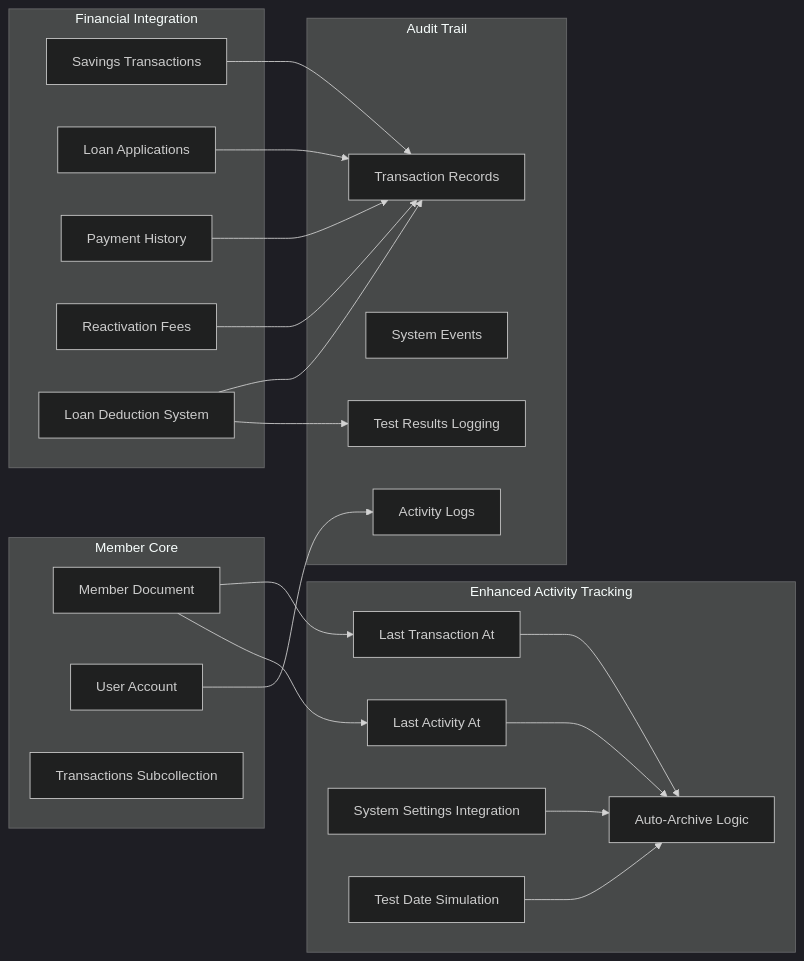
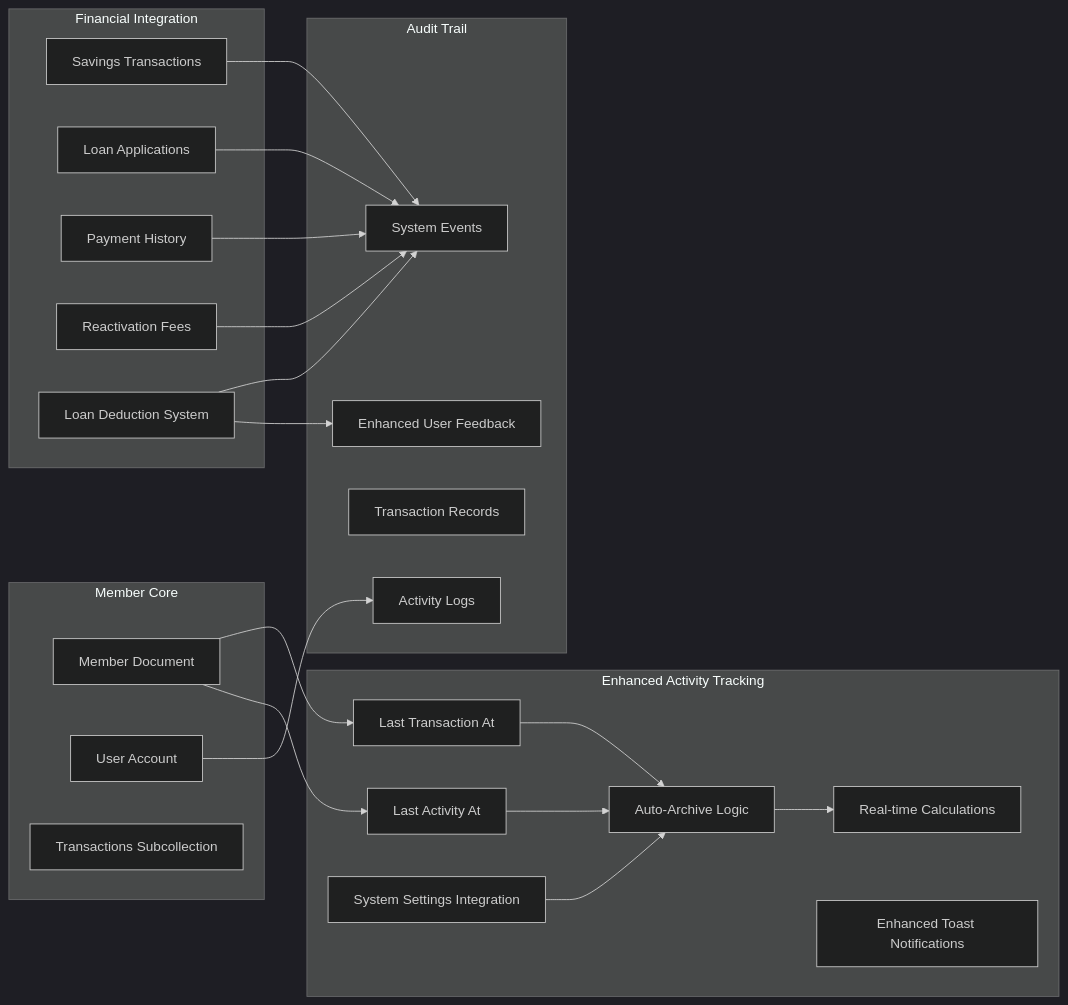
The eighth of 15 diagrams in .qoder/repowiki/en/content/Member Management System/Member Records System.md (Unsure-bry/sampacoop_system), drawn with Mermaid (dark theme) before and after one commit. The commit also changed other lines of this file and 6 other files, not shown here.

Commit message:
Update for the archived loan of user status

````diff
--- a/.qoder/repowiki/en/content/Member Management System/Member Records System.md
+++ b/.qoder/repowiki/en/content/Member Management System/Member Records System.md
@@ -423,41 +423,42 @@
 ```mermaid
 graph LR
 subgraph "Member Core"
 A[Member Document]
 B[User Account]
 C[Transactions Subcollection]
 end
 subgraph "Enhanced Activity Tracking"
 D[Last Transaction At]
 E[Last Activity At]
 F[Auto-Archive Logic]
 G[System Settings Integration]
-H[Test Date Simulation]
+H[Real-time Calculations]
+I[Enhanced Toast Notifications]
 end
 subgraph "Financial Integration"
-I[Savings Transactions]
-J[Loan Applications]
-K[Payment History]
-L[Reactivation Fees]
-M[Loan Deduction System]
+J[Savings Transactions]
+K[Loan Applications]
+L[Payment History]
+M[Reactivation Fees]
+N[Loan Deduction System]
 end
 subgraph "Audit Trail"
-N[Activity Logs]
-O[System Events]
-P[Transaction Records]
-Q[Test Results Logging]
+O[Activity Logs]
+P[System Events]
+Q[Transaction Records]
+R[Enhanced User Feedback]
 end
 A --> D
 A --> E
 D --> F
 E --> F
+F --> H
 G --> F
-H --> F
-B --> N
-I --> P
+B --> O
 J --> P
 K --> P
 L --> P
 M --> P
-M --> Q
+N --> P
+N --> R
 ```
````
